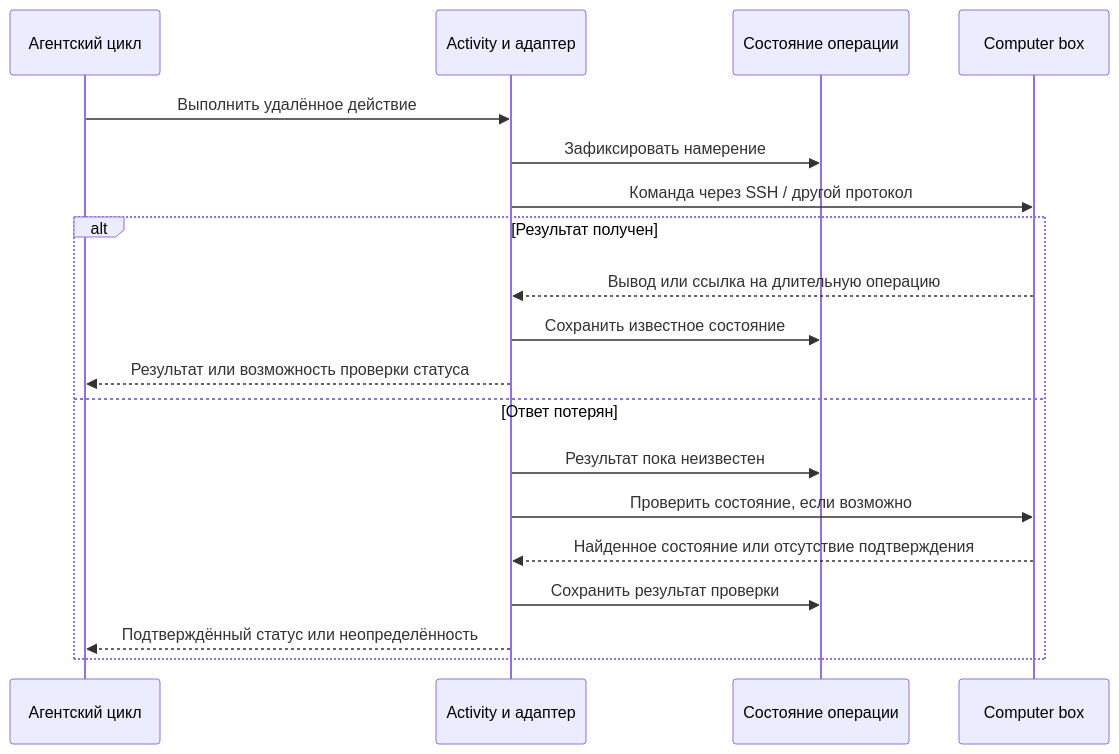
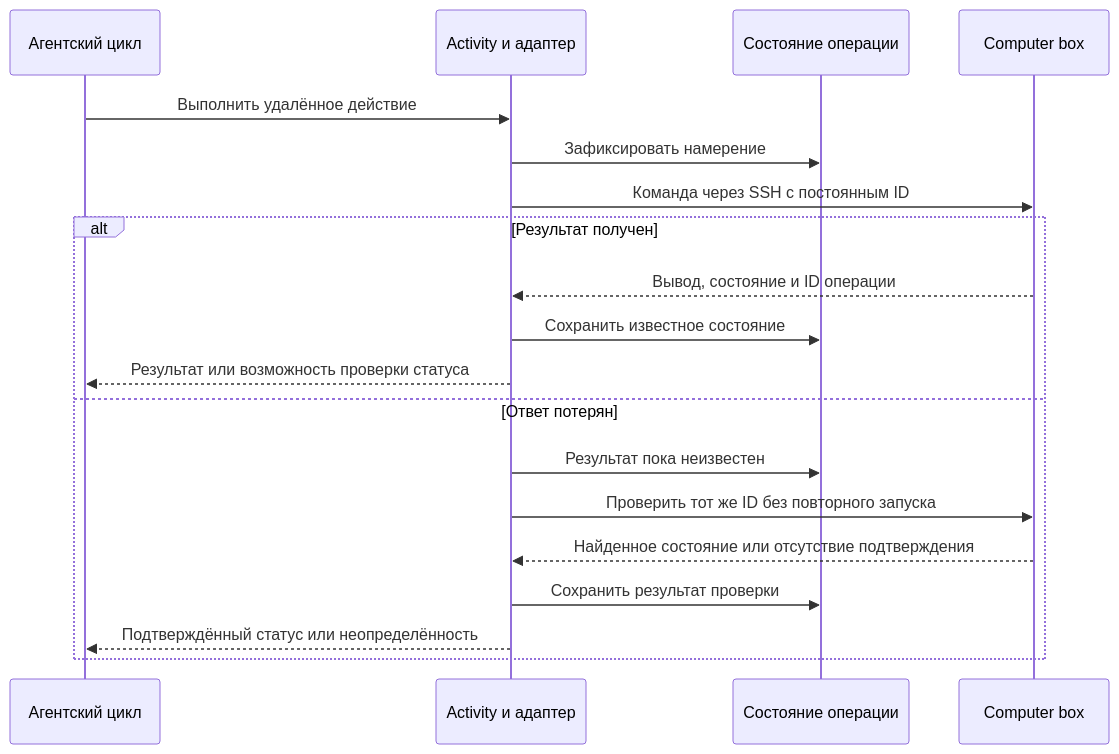
One commit to mishankov/OpenAlbert changed the diagram in docs/diagrams/computer-execution.mmd. Above: the diagram before and after it, drawn with Mermaid. The commit also changed 40 other files, not shown here.

Commit message:
Add Ubuntu computer with SSH execution and passwordless sudo

```diff
--- a/docs/diagrams/computer-execution.mmd
+++ b/docs/diagrams/computer-execution.mmd
@@ -1,21 +1,21 @@
 sequenceDiagram
     accTitle: Работа с удалённым компьютером
     accDescr: Activity передаёт команду по SSH и сохраняет результат, а при потере ответа проверяет фактическое состояние.
     participant Agent as Агентский цикл
     participant Activity as Activity и адаптер
     participant Store as Состояние операции
     participant Computer as Computer box
     Agent->>Activity: Выполнить удалённое действие
     Activity->>Store: Зафиксировать намерение
-    Activity->>Computer: Команда через SSH / другой протокол
+    Activity->>Computer: Команда через SSH с постоянным ID
     alt Результат получен
-        Computer-->>Activity: Вывод или ссылка на длительную операцию
+        Computer-->>Activity: Вывод, состояние и ID операции
         Activity->>Store: Сохранить известное состояние
         Activity-->>Agent: Результат или возможность проверки статуса
     else Ответ потерян
         Activity->>Store: Результат пока неизвестен
-        Activity->>Computer: Проверить состояние, если возможно
+        Activity->>Computer: Проверить тот же ID без повторного запуска
         Computer-->>Activity: Найденное состояние или отсутствие подтверждения
         Activity->>Store: Сохранить результат проверки
         Activity-->>Agent: Подтверждённый статус или неопределённость
     end
```
